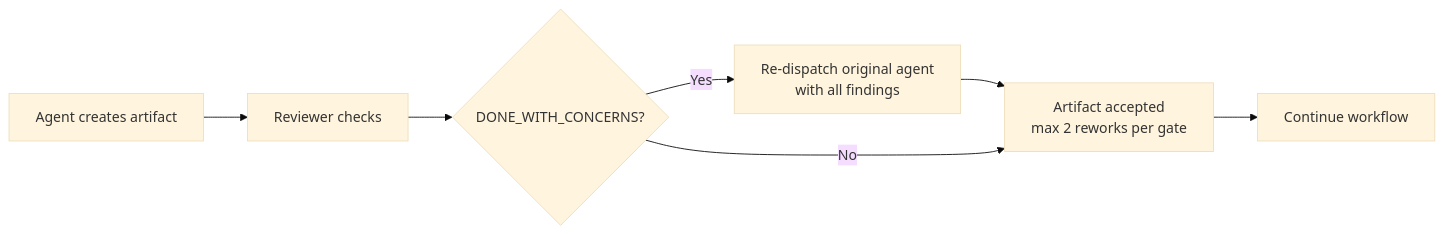
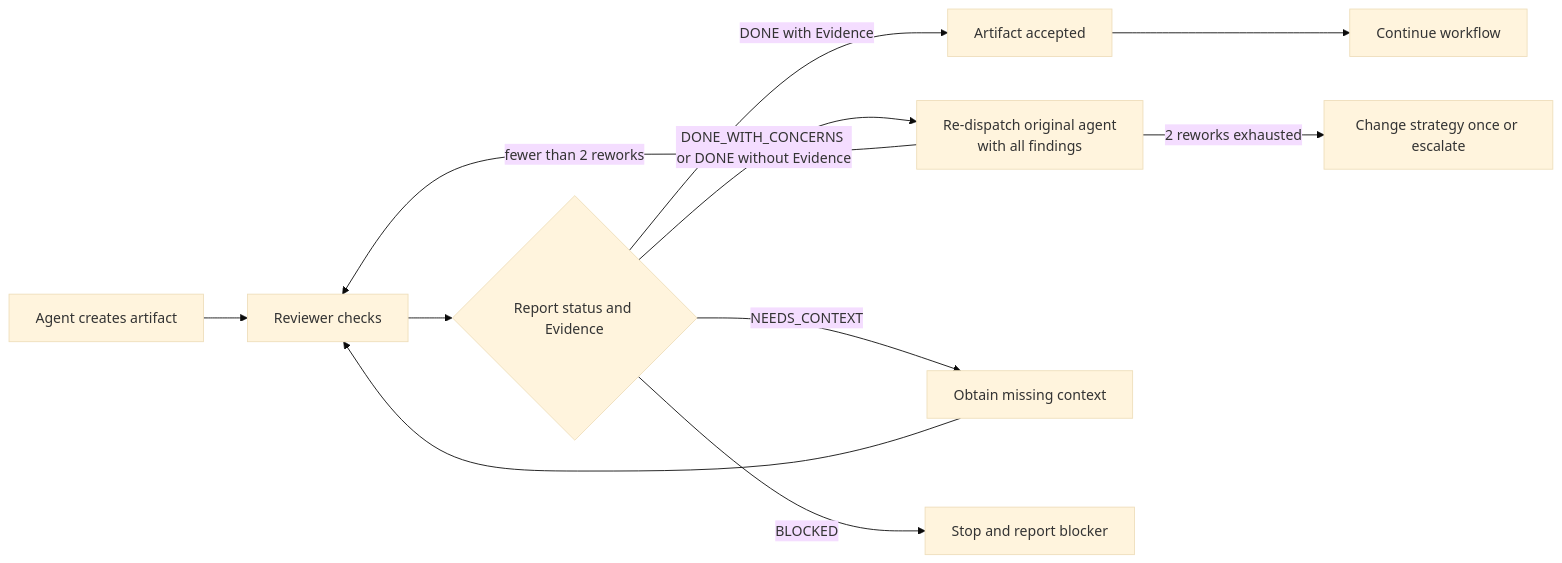
One commit to biggora/dev-team changed the third of 5 diagrams in specs/workflow.md. Above: the diagram before and after it, drawn with Mermaid (base theme). The commit also changed other lines of this file and 26 other files, not shown here.

````diff
--- a/specs/workflow.md
+++ b/specs/workflow.md
@@ -178,9 +218,13 @@
 ```mermaid
 flowchart LR
     AGENT[Agent creates artifact] --> REVIEWER[Reviewer checks]
-    REVIEWER --> D{DONE_WITH_CONCERNS?}
-    D -- Yes --> REWORK[Re-dispatch original agent\nwith all findings]
-    REWORK --> PASS[Artifact accepted\nmax 2 reworks per gate]
-    D -- No --> PASS
+    REVIEWER --> STATUS{Report status and Evidence}
+    STATUS -- DONE with Evidence --> PASS[Artifact accepted]
+    STATUS -- DONE_WITH_CONCERNS or DONE without Evidence --> REWORK[Re-dispatch original agent\nwith all findings]
+    REWORK -->|fewer than 2 reworks| REVIEWER
+    REWORK -->|2 reworks exhausted| ESCALATE[Change strategy once or escalate]
+    STATUS -- NEEDS_CONTEXT --> CONTEXT[Obtain missing context]
+    CONTEXT --> REVIEWER
+    STATUS -- BLOCKED --> STOP[Stop and report blocker]
     PASS --> NEXT[Continue workflow]
 ```
````
